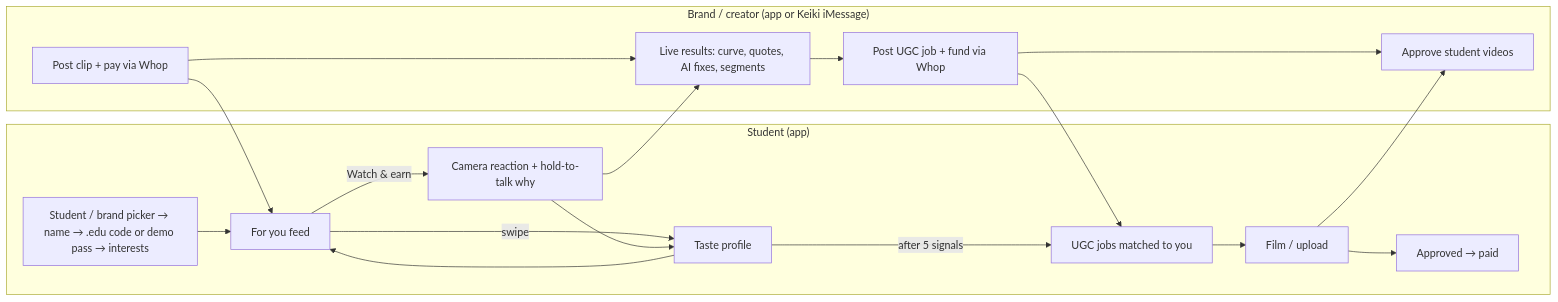
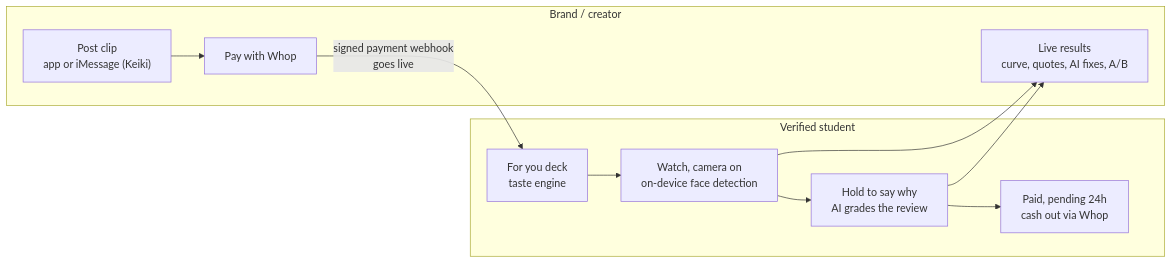
The first of 4 diagrams in README.md (Shri2007/real), drawn with Mermaid before and after one commit. The commit also changed other lines of this file and 7 other files, not shown here.

Commit message:
README glow-up: screenshots, diagrams, Whop/Keiki sections (#52)

````diff
--- a/README.md
+++ b/README.md
@@ -13,21 +58,15 @@
 ```mermaid
 flowchart LR
-  subgraph Student["Student (app)"]
-    O[Student / brand picker → name → .edu code or demo pass → interests] --> F[For you feed]
-    F -->|swipe| T[Taste profile]
-    F -->|Watch & earn| W[Camera reaction + hold-to-talk why]
-    W --> T
-    T --> F
-    T -->|after 5 signals| U[UGC jobs matched to you]
-    U --> V[Film / upload] --> P[Approved → paid]
+  subgraph Brand["Brand / creator"]
+    A["Post clip<br/>app or iMessage (Keiki)"] --> B["Pay with Whop"]
+    R["Live results<br/>curve, quotes, AI fixes, A/B"]
   end
-  subgraph Brand["Brand / creator (app or Keiki iMessage)"]
-    C[Post clip + pay via Whop] --> R[Live results: curve, quotes, AI fixes, segments]
-    R --> J[Post UGC job + fund via Whop]
-    J --> A[Approve student videos]
+  subgraph Student["Verified student"]
+    C["For you deck<br/>taste engine"] --> D["Watch, camera on<br/>on-device face detection"]
+    D --> E["Hold to say why<br/>AI grades the review"]
+    E --> F["Paid, pending 24h<br/>cash out via Whop"]
   end
-  C --> F
-  W --> R
-  J --> U
-  V --> A
+  B -- "signed payment webhook<br/>goes live" --> C
+  D --> R
+  E --> R
 ```
````
